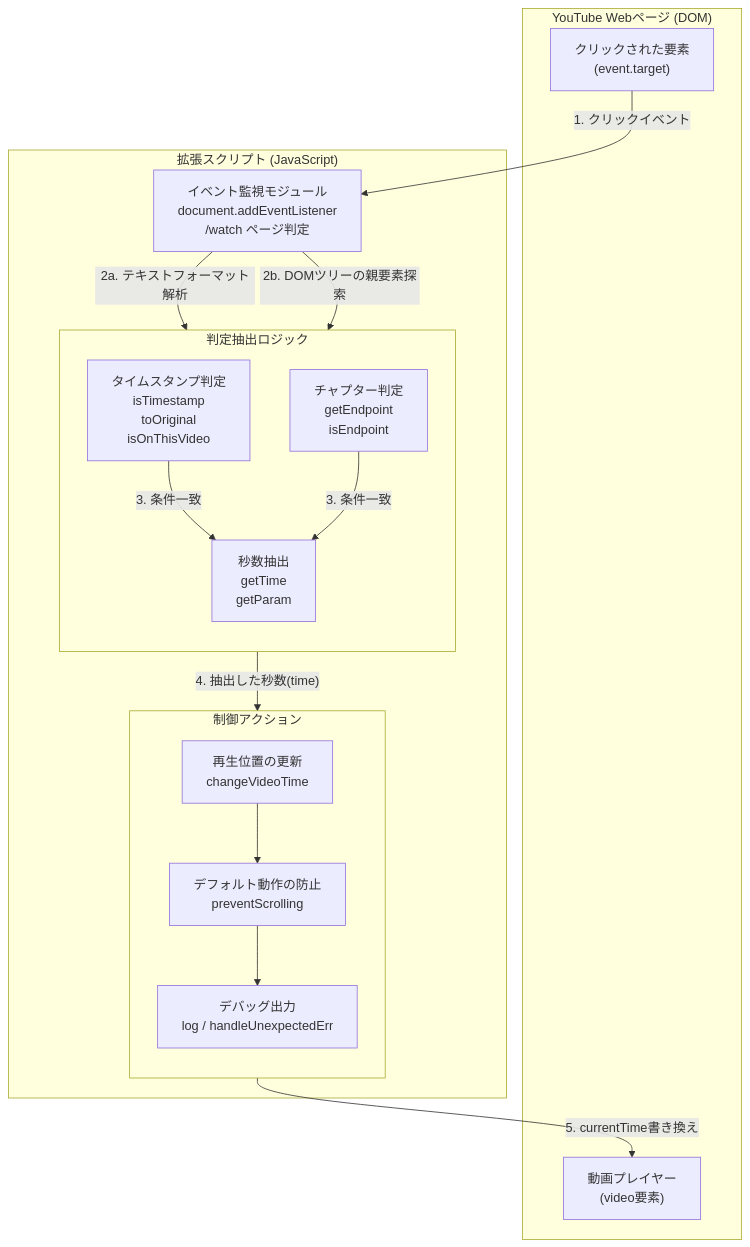
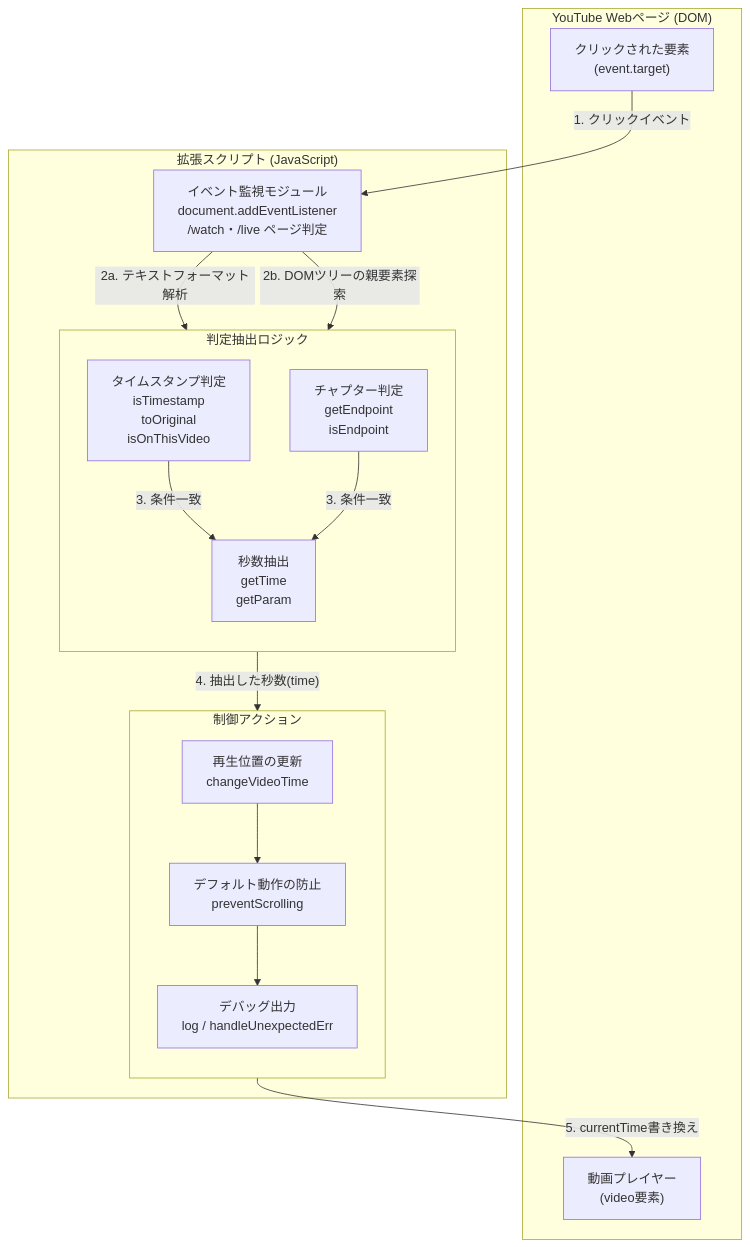
Before and after one commit to akisatoon1/prevent-timestamp-scrolling-for-YouTube: the diagram in system.md, drawn with Mermaid. The commit also changed 3 other files, not shown here.

````diff
--- a/system.md
+++ b/system.md
@@ -1,40 +1,40 @@
 ```mermaid
 flowchart TB
     subgraph YouTube["YouTube Webページ (DOM)"]
         Target["クリックされた要素<br>(event.target)"]
         Video["動画プレイヤー<br>(video要素)"]
     end
 
     subgraph Script["拡張スクリプト (JavaScript)"]
-        Listener["イベント監視モジュール<br>document.addEventListener<br>/watch ページ判定"]
+        Listener["イベント監視モジュール<br>document.addEventListener<br>/watch・/live ページ判定"]
         
         subgraph Logic["判定抽出ロジック"]
             direction TB
             TimestampCheck["タイムスタンプ判定<br>isTimestamp<br>toOriginal<br>isOnThisVideo"]
             ChapterCheck["チャプター判定<br>getEndpoint<br>isEndpoint"]
             GetTime["秒数抽出<br>getTime<br>getParam"]
         end
         
         subgraph Action["制御アクション"]
             direction TB
             ChangeTime["再生位置の更新<br>changeVideoTime"]
             Prevent["デフォルト動作の防止<br>preventScrolling"]
             Log["デバッグ出力<br>log / handleUnexpectedErr"]
         end
     end
 
     %% データフローと連携
     Target -- "1. クリックイベント" --> Listener
     
     Listener -- "2a. テキストフォーマット解析" --> TimestampCheck
     Listener -- "2b. DOMツリーの親要素探索" --> ChapterCheck
     
     TimestampCheck -- "3. 条件一致" --> GetTime
     ChapterCheck -- "3. 条件一致" --> GetTime
     
     GetTime -- "4. 抽出した秒数(time)" --> ChangeTime
     ChangeTime -- "5. currentTime書き換え" --> Video
     
     ChangeTime --> Prevent
     Prevent --> Log
 ```
````
